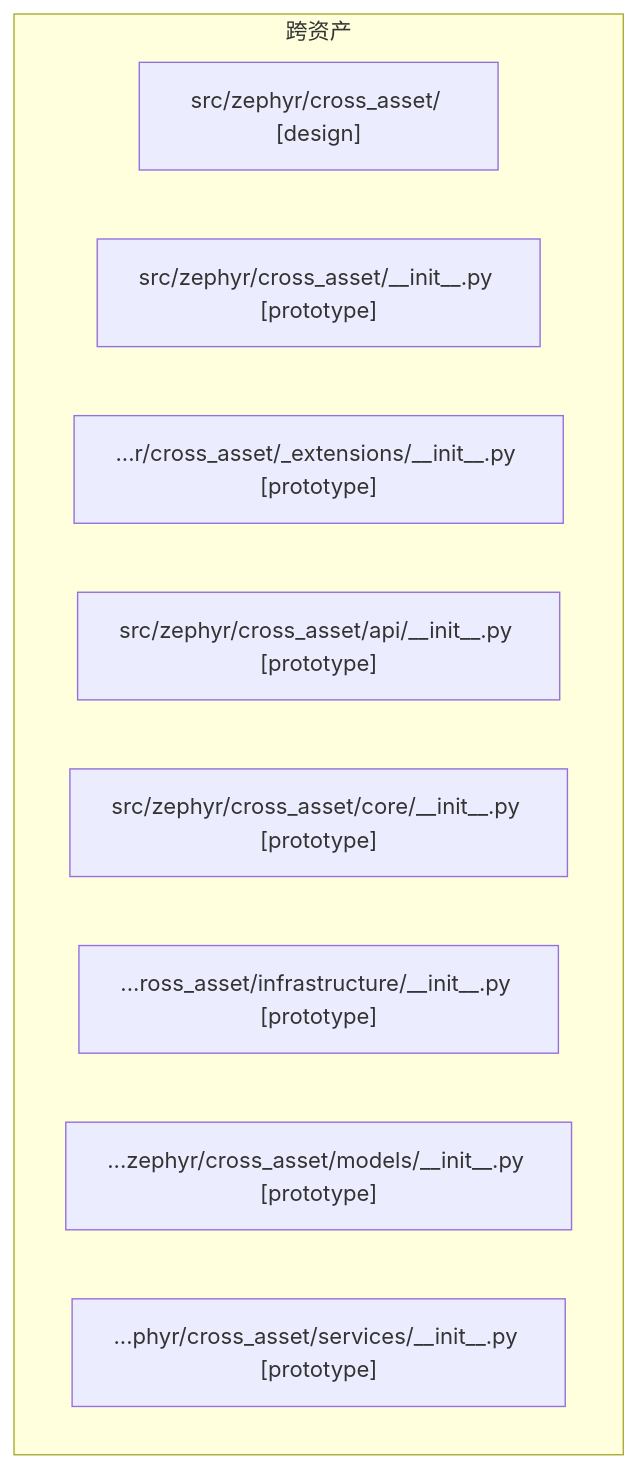
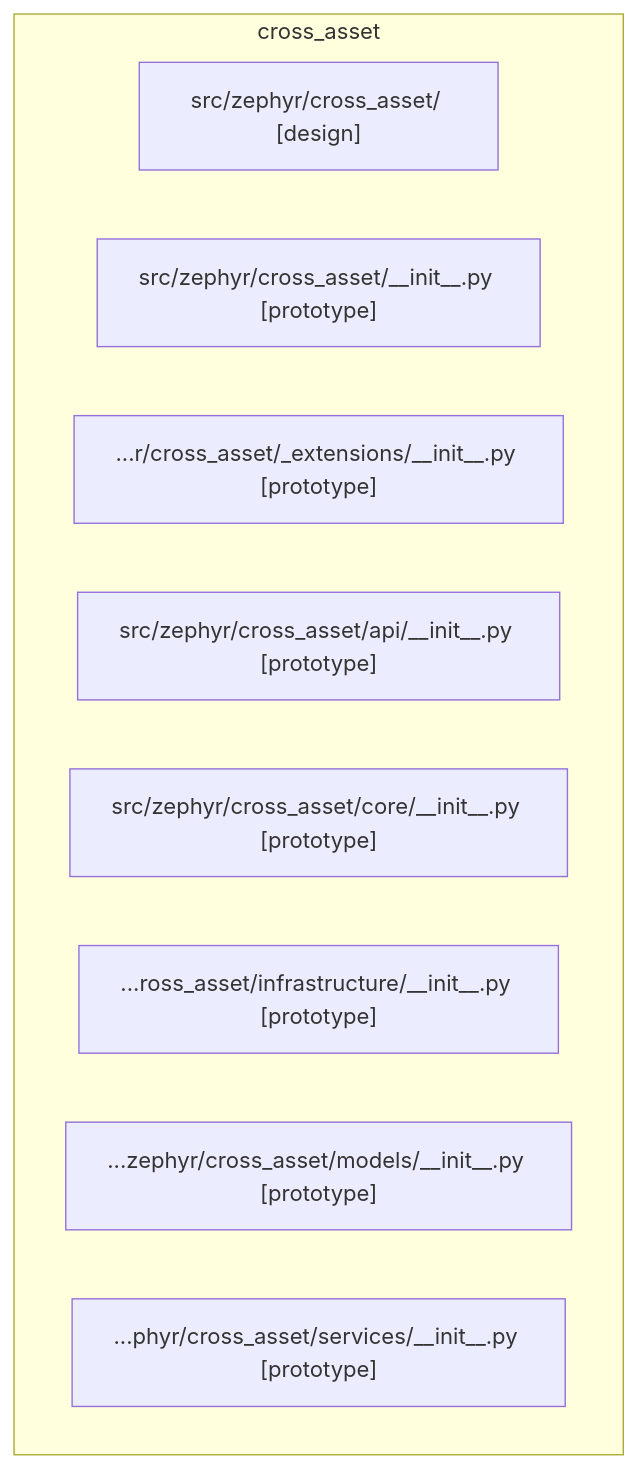
Before and after one commit to xuanFelixVan/ZephyrAlpha: the diagram in docs/02_enterprise_architecture/generated/domains/d_cross_asset_dependency.mmd, drawn with Mermaid. The commit also changed 116 other files, not shown here.

```diff
--- a/docs/02_enterprise_architecture/generated/domains/d_cross_asset_dependency.mmd
+++ b/docs/02_enterprise_architecture/generated/domains/d_cross_asset_dependency.mmd
@@ -1,29 +1,29 @@
 %% D_CROSS_ASSET 域全景依赖图
-%% 生成时间: 2026-07-19 04:07:09
+%% 生成时间: 2026-07-19 04:13:53
 %% 数据源: depgraph (PostgreSQL) nodes表 + edges表
 %% 模块数: 8, 依赖边数: 0
 
 graph TD
 
     %% 域内模块（最多显示 100 个）
-    subgraph D_CROSS_ASSET[跨资产]
+    subgraph D_CROSS_ASSET[cross_asset]
         src_zephyr_cross_asset_["src/zephyr/cross_asset/ [design]"]
         src_zephyr_cross_asset___init___py["src/zephyr/cross_asset/__init__.py [prototype]"]
         src_zephyr_cross_asset__extensions___init___py["...r/cross_asset/_extensions/__init__.py [prototype]"]
         src_zephyr_cross_asset_api___init___py["src/zephyr/cross_asset/api/__init__.py [prototype]"]
         src_zephyr_cross_asset_core___init___py["src/zephyr/cross_asset/core/__init__.py [prototype]"]
         src_zephyr_cross_asset_infrastructure___init___py["...ross_asset/infrastructure/__init__.py [prototype]"]
         src_zephyr_cross_asset_models___init___py["...zephyr/cross_asset/models/__init__.py [prototype]"]
         src_zephyr_cross_asset_services___init___py["...phyr/cross_asset/services/__init__.py [prototype]"]
     end
 
     %% 域内依赖（最多显示 80 条）
 
     %% 跨域依赖（入）- 最多显示 30 条
 
     %% 跨域依赖（出）- 最多显示 30 条
 
     %% 统计
     %% 域内依赖: 0 条
     %% 跨域入边: 0 条
     %% 跨域出边: 0 条
```
